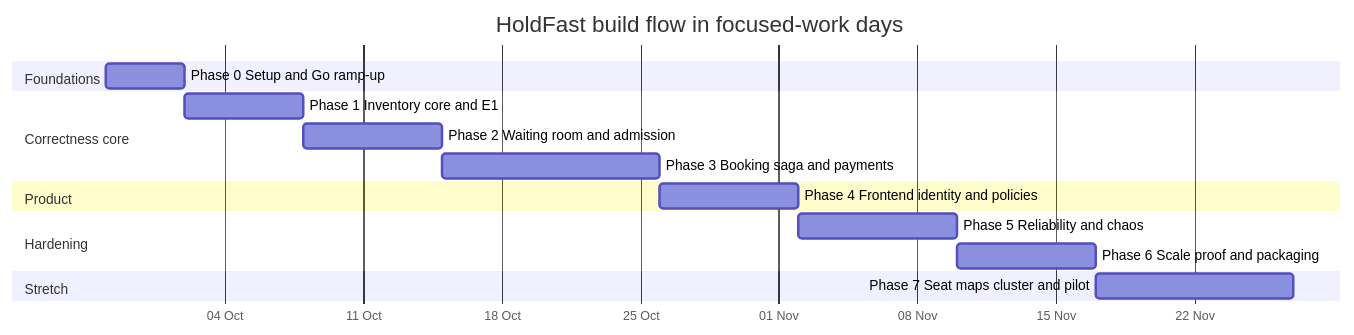
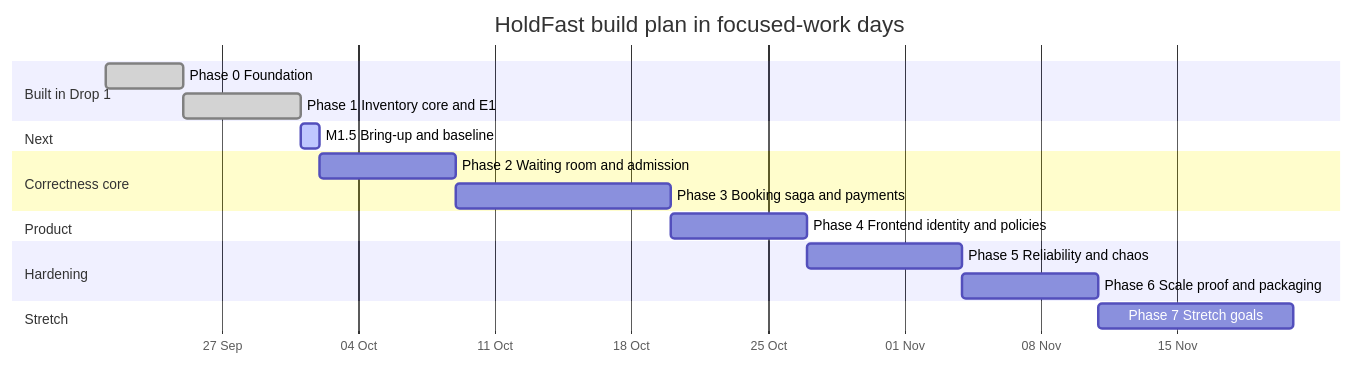
The eighth of 8 diagrams in docs/design/holdfast-design-and-build-plan.mdx (Sanjay-Mx21/holdfast), drawn with Mermaid before and after one commit. The commit also changed other lines of this file and 1 other file, not shown here.

First line of the commit message:
docs: Replace the design plan with version 2.0

````diff
--- a/docs/design/holdfast-design-and-build-plan.mdx
+++ b/docs/design/holdfast-design-and-build-plan.mdx
@@ -1724,19 +1934,21 @@
 ```mermaid
 gantt
-  title HoldFast build flow in focused-work days
+  title HoldFast build plan in focused-work days
   dateFormat YYYY-MM-DD
   axisFormat %d %b
-  section Foundations
-  Phase 0 Setup and Go ramp-up           :p0, 2026-09-28, 4d
+  section Built in Drop 1
+  Phase 0 Foundation                     :done, p0, 2026-09-21, 4d
+  Phase 1 Inventory core and E1          :done, p1, after p0, 6d
+  section Next
+  M1.5 Bring-up and baseline             :active, m15, after p1, 1d
   section Correctness core
-  Phase 1 Inventory core and E1          :p1, after p0, 6d
-  Phase 2 Waiting room and admission     :p2, after p1, 7d
+  Phase 2 Waiting room and admission     :p2, after m15, 7d
   Phase 3 Booking saga and payments      :p3, after p2, 11d
   section Product
   Phase 4 Frontend identity and policies :p4, after p3, 7d
   section Hardening
   Phase 5 Reliability and chaos          :p5, after p4, 8d
   Phase 6 Scale proof and packaging      :p6, after p5, 7d
   section Stretch
-  Phase 7 Seat maps cluster and pilot    :p7, after p6, 10d
+  Phase 7 Stretch goals                  :p7, after p6, 10d
 ```
````
